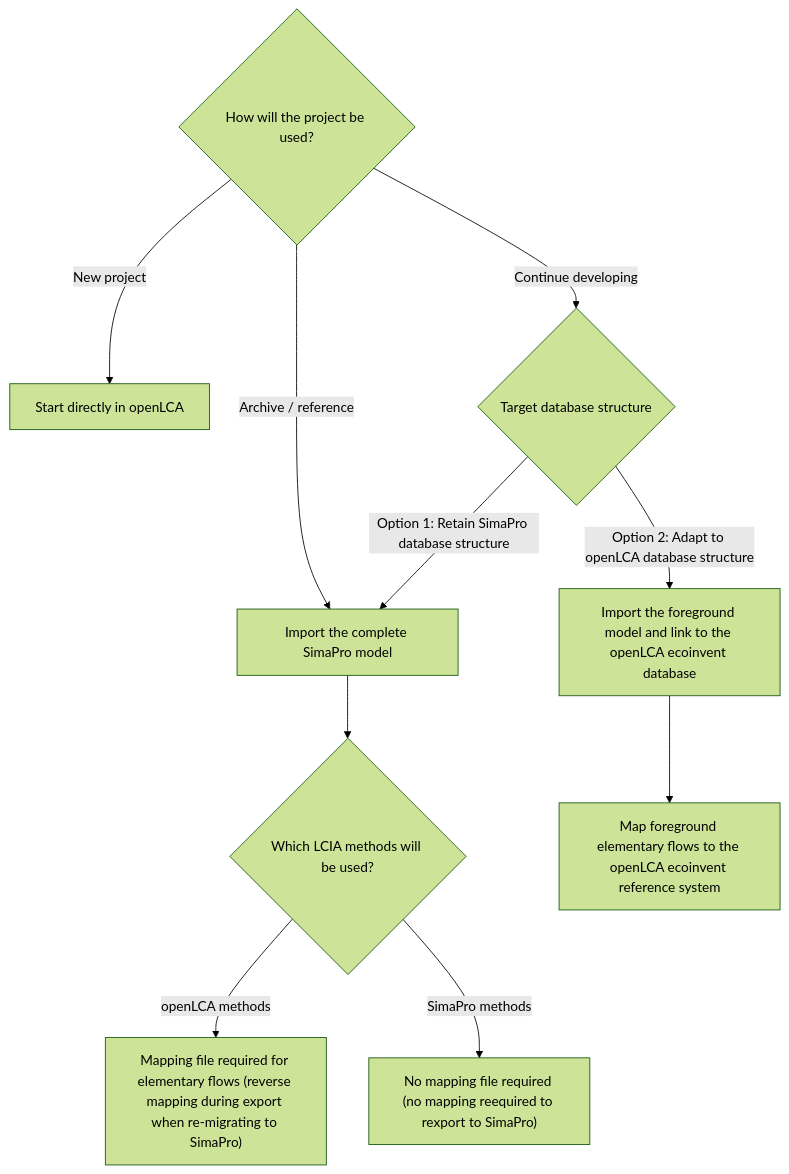
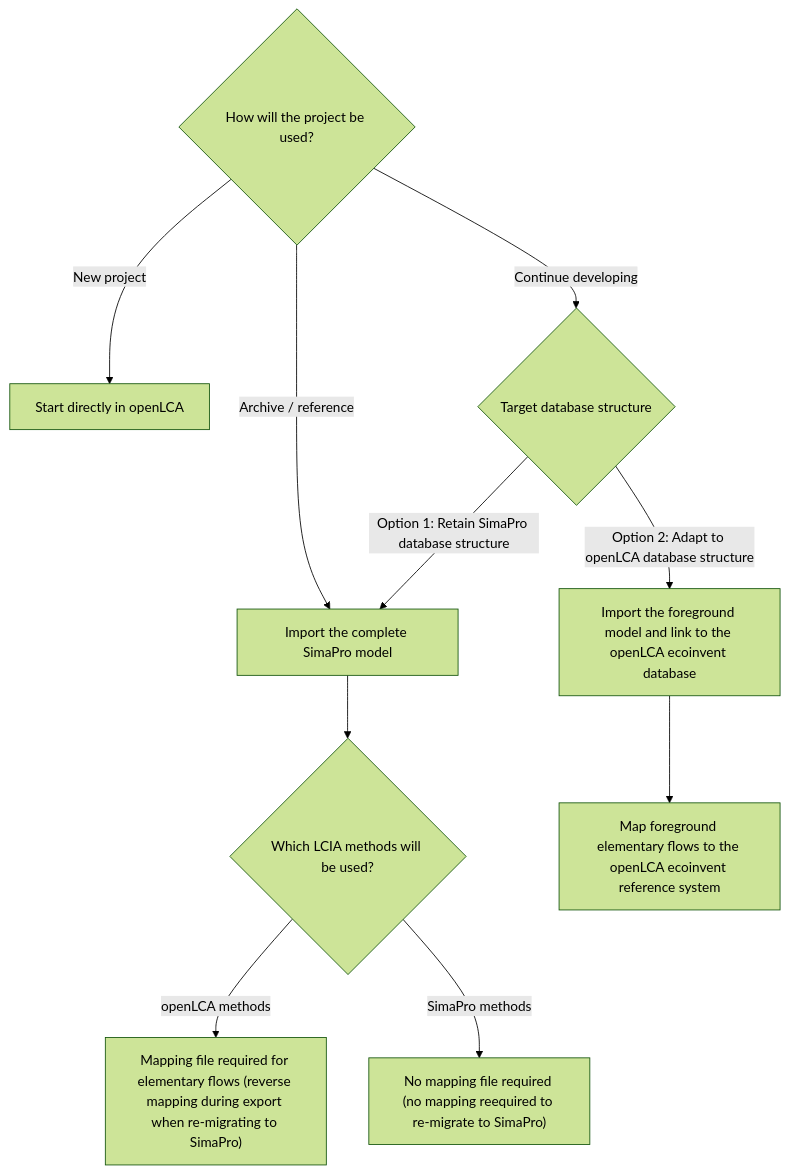
Before and after one commit to GreenDelta/openLCA2-manual: the diagram in src/migrating_other_software.md, drawn with Mermaid (forest theme).

````diff
--- a/src/migrating_other_software.md
+++ b/src/migrating_other_software.md
@@ -30,18 +30,18 @@
 ```mermaid
 flowchart TD
     A{"How will the project be used?"}
 
     A -->|New project| B["Start directly in openLCA"]
     A -->|Archive / reference| C["Import the complete SimaPro model"]
     A -->|Continue developing| D{"Target database structure"}
 
     D -->|Option 1: Retain SimaPro database structure| C
     D -->|Option 2: Adapt to openLCA database structure| E["Import the foreground model and link to the openLCA ecoinvent database"]
 
     C --> F{"Which LCIA methods will be used?"}
 
     F -->|openLCA methods| G["Mapping file required for elementary flows (reverse mapping during export when re-migrating to SimaPro)"]
-    F -->|SimaPro methods| H["No mapping file required (no mapping reequired to rexport to SimaPro)"]
+    F -->|SimaPro methods| H["No mapping file required (no mapping reequired to re-migrate to SimaPro)"]
 
     E --> I["Map foreground elementary flows to the openLCA ecoinvent reference system"]
 ```
````
